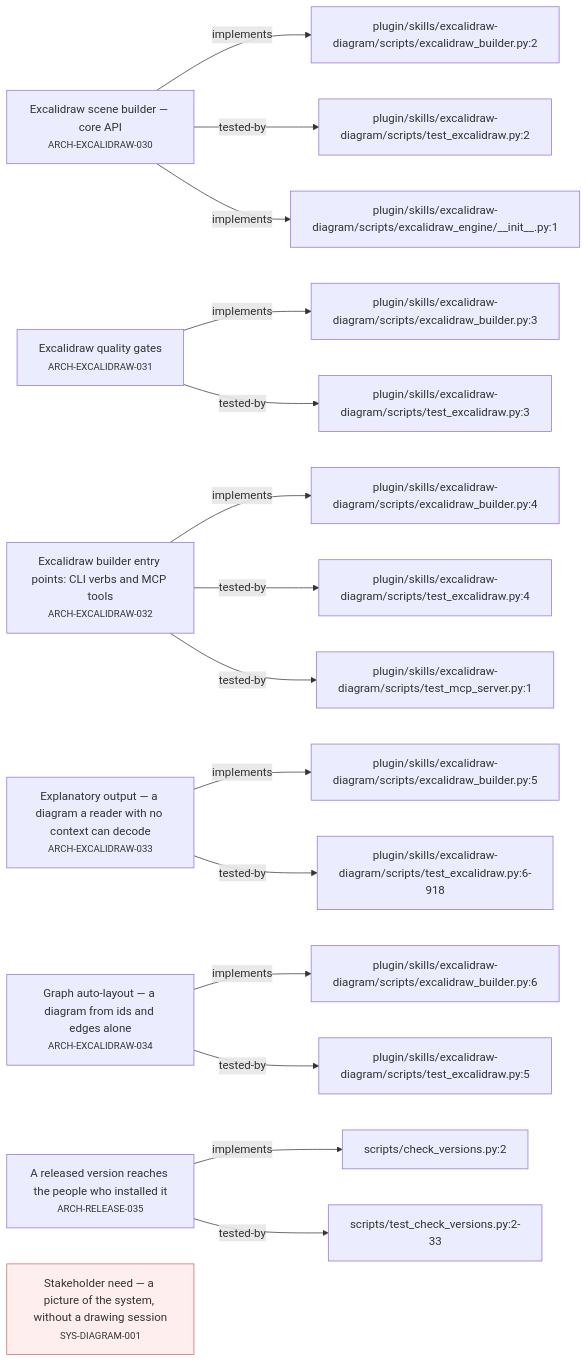
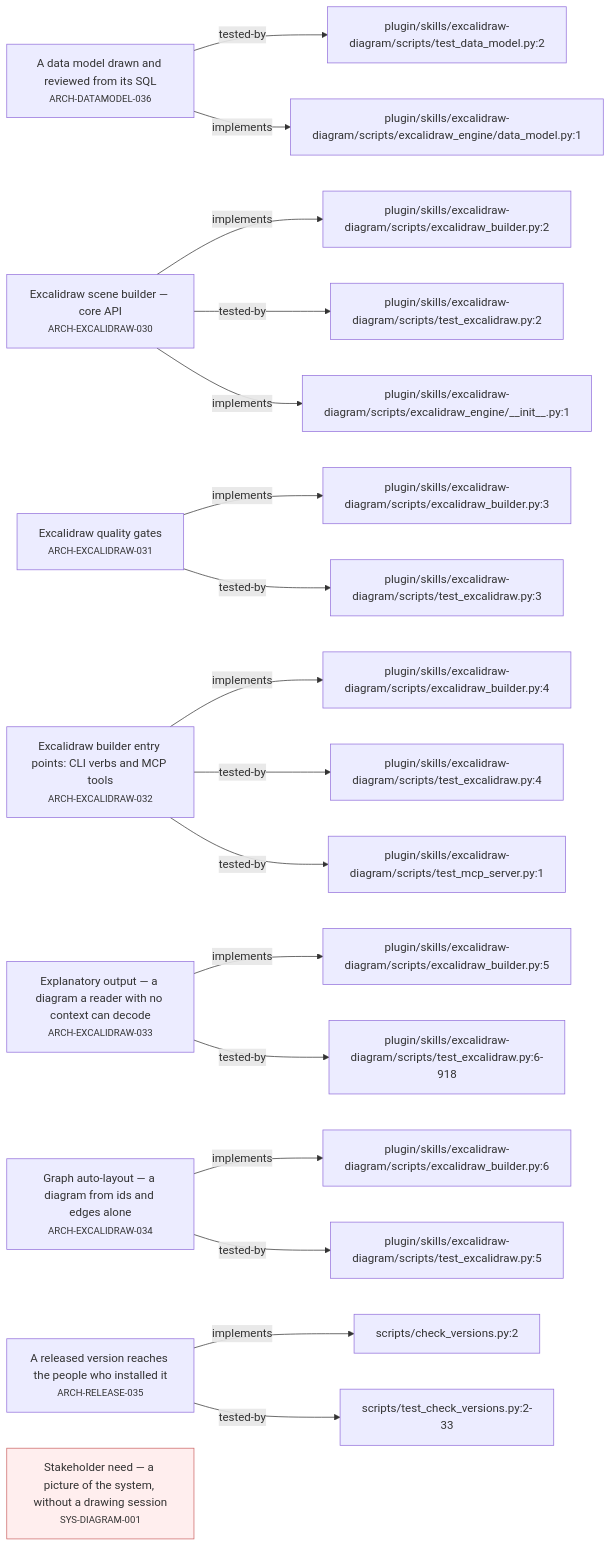
Before and after one commit to alxmax/excalidraw-diagram: the second of 4 diagrams in requirements/_map.md, drawn with Mermaid. The commit also changed other lines of this file and 26 other files, not shown here.

First line of the commit message:
Draw and review a data model from its SQL (v2.8.0)

````diff
--- a/requirements/_map.md
+++ b/requirements/_map.md
@@ -56,39 +63,44 @@
 ```mermaid
 graph LR
+  ARCH_DATAMODEL_036["A data model drawn and reviewed from its SQL<br><small>ARCH-DATAMODEL-036</small>"]
+  f_plugin_skills_excalidraw_diagram_scripts_test_data_model_py_2["plugin/skills/excalidraw-diagram/scripts/test_data_model.py:2"]
+  ARCH_DATAMODEL_036 -->|tested-by| f_plugin_skills_excalidraw_diagram_scripts_test_data_model_py_2
+  f_plugin_skills_excalidraw_diagram_scripts_excalidraw_engine_data_model_py_1["plugin/skills/excalidraw-diagram/scripts/excalidraw_engine/data_model.py:1"]
+  ARCH_DATAMODEL_036 -->|implements| f_plugin_skills_excalidraw_diagram_scripts_excalidraw_engine_data_model_py_1
   ARCH_EXCALIDRAW_030["Excalidraw scene builder — core API<br><small>ARCH-EXCALIDRAW-030</small>"]
   f_plugin_skills_excalidraw_diagram_scripts_excalidraw_builder_py_2["plugin/skills/excalidraw-diagram/scripts/excalidraw_builder.py:2"]
   ARCH_EXCALIDRAW_030 -->|implements| f_plugin_skills_excalidraw_diagram_scripts_excalidraw_builder_py_2
   f_plugin_skills_excalidraw_diagram_scripts_test_excalidraw_py_2["plugin/skills/excalidraw-diagram/scripts/test_excalidraw.py:2"]
   ARCH_EXCALIDRAW_030 -->|tested-by| f_plugin_skills_excalidraw_diagram_scripts_test_excalidraw_py_2
   f_plugin_skills_excalidraw_diagram_scripts_excalidraw_engine___init___py_1["plugin/skills/excalidraw-diagram/scripts/excalidraw_engine/__init__.py:1"]
   ARCH_EXCALIDRAW_030 -->|implements| f_plugin_skills_excalidraw_diagram_scripts_excalidraw_engine___init___py_1
   ARCH_EXCALIDRAW_031["Excalidraw quality gates<br><small>ARCH-EXCALIDRAW-031</small>"]
   f_plugin_skills_excalidraw_diagram_scripts_excalidraw_builder_py_3["plugin/skills/excalidraw-diagram/scripts/excalidraw_builder.py:3"]
   ARCH_EXCALIDRAW_031 -->|implements| f_plugin_skills_excalidraw_diagram_scripts_excalidraw_builder_py_3
   f_plugin_skills_excalidraw_diagram_scripts_test_excalidraw_py_3["plugin/skills/excalidraw-diagram/scripts/test_excalidraw.py:3"]
   ARCH_EXCALIDRAW_031 -->|tested-by| f_plugin_skills_excalidraw_diagram_scripts_test_excalidraw_py_3
   ARCH_EXCALIDRAW_032["Excalidraw builder entry points: CLI verbs and MCP tools<br><small>ARCH-EXCALIDRAW-032</small>"]
   f_plugin_skills_excalidraw_diagram_scripts_excalidraw_builder_py_4["plugin/skills/excalidraw-diagram/scripts/excalidraw_builder.py:4"]
   ARCH_EXCALIDRAW_032 -->|implements| f_plugin_skills_excalidraw_diagram_scripts_excalidraw_builder_py_4
   f_plugin_skills_excalidraw_diagram_scripts_test_excalidraw_py_4["plugin/skills/excalidraw-diagram/scripts/test_excalidraw.py:4"]
   ARCH_EXCALIDRAW_032 -->|tested-by| f_plugin_skills_excalidraw_diagram_scripts_test_excalidraw_py_4
   f_plugin_skills_excalidraw_diagram_scripts_test_mcp_server_py_1["plugin/skills/excalidraw-diagram/scripts/test_mcp_server.py:1"]
   ARCH_EXCALIDRAW_032 -->|tested-by| f_plugin_skills_excalidraw_diagram_scripts_test_mcp_server_py_1
   ARCH_EXCALIDRAW_033["Explanatory output — a diagram a reader with no context can decode<br><small>ARCH-EXCALIDRAW-033</small>"]
   f_plugin_skills_excalidraw_diagram_scripts_excalidraw_builder_py_5["plugin/skills/excalidraw-diagram/scripts/excalidraw_builder.py:5"]
   ARCH_EXCALIDRAW_033 -->|implements| f_plugin_skills_excalidraw_diagram_scripts_excalidraw_builder_py_5
   f_plugin_skills_excalidraw_diagram_scripts_test_excalidraw_py_6_918["plugin/skills/excalidraw-diagram/scripts/test_excalidraw.py:6-918"]
   ARCH_EXCALIDRAW_033 -->|tested-by| f_plugin_skills_excalidraw_diagram_scripts_test_excalidraw_py_6_918
   ARCH_EXCALIDRAW_034["Graph auto-layout — a diagram from ids and edges alone<br><small>ARCH-EXCALIDRAW-034</small>"]
   f_plugin_skills_excalidraw_diagram_scripts_excalidraw_builder_py_6["plugin/skills/excalidraw-diagram/scripts/excalidraw_builder.py:6"]
   ARCH_EXCALIDRAW_034 -->|implements| f_plugin_skills_excalidraw_diagram_scripts_excalidraw_builder_py_6
   f_plugin_skills_excalidraw_diagram_scripts_test_excalidraw_py_5["plugin/skills/excalidraw-diagram/scripts/test_excalidraw.py:5"]
   ARCH_EXCALIDRAW_034 -->|tested-by| f_plugin_skills_excalidraw_diagram_scripts_test_excalidraw_py_5
   ARCH_RELEASE_035["A released version reaches the people who installed it<br><small>ARCH-RELEASE-035</small>"]
   f_scripts_check_versions_py_2["scripts/check_versions.py:2"]
   ARCH_RELEASE_035 -->|implements| f_scripts_check_versions_py_2
   f_scripts_test_check_versions_py_2_33["scripts/test_check_versions.py:2-33"]
   ARCH_RELEASE_035 -->|tested-by| f_scripts_test_check_versions_py_2_33
   SYS_DIAGRAM_001["Stakeholder need — a picture of the system, without a drawing session<br><small>SYS-DIAGRAM-001</small>"]
   style SYS_DIAGRAM_001 fill:#fee,stroke:#c66
 ```
````
